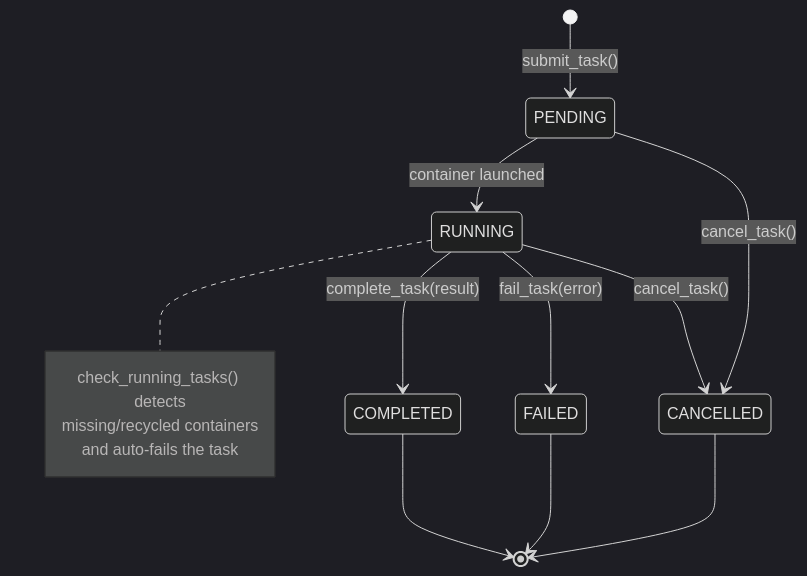
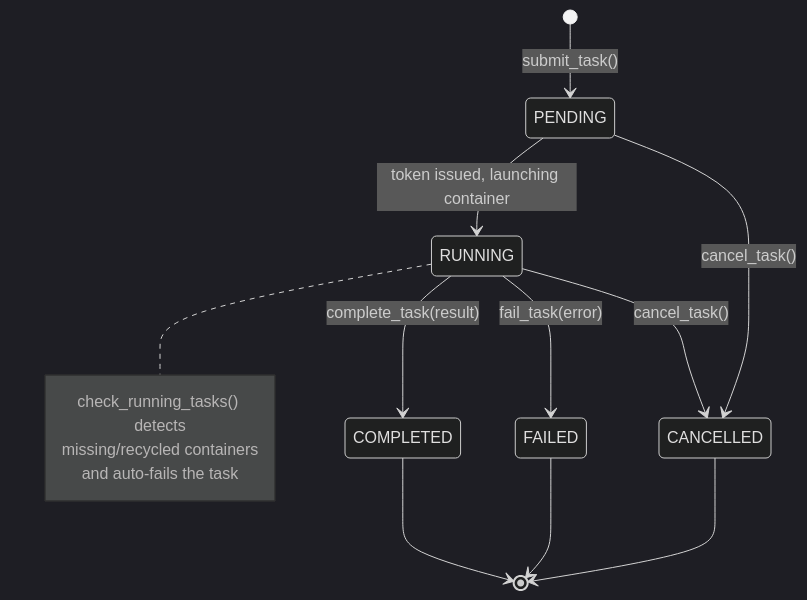
Before and after one commit to neverprepared/ink-bunny: the third of 5 diagrams in docs/brainbox/hub.md, drawn with Mermaid (dark theme). The commit also changed other lines of this file and 4 other files, not shown here.

````diff
--- a/docs/brainbox/hub.md
+++ b/docs/brainbox/hub.md
@@ -107,19 +110,19 @@
 ```mermaid
 stateDiagram-v2
     [*] --> PENDING: submit_task()
-    PENDING --> RUNNING: container launched
+    PENDING --> RUNNING: token issued, launching container
     RUNNING --> COMPLETED: complete_task(result)
     RUNNING --> FAILED: fail_task(error)
     RUNNING --> CANCELLED: cancel_task()
     PENDING --> CANCELLED: cancel_task()
 
     COMPLETED --> [*]
     FAILED --> [*]
     CANCELLED --> [*]
 
     note right of RUNNING
         check_running_tasks() detects
         missing/recycled containers
         and auto-fails the task
     end note
 ```
````
